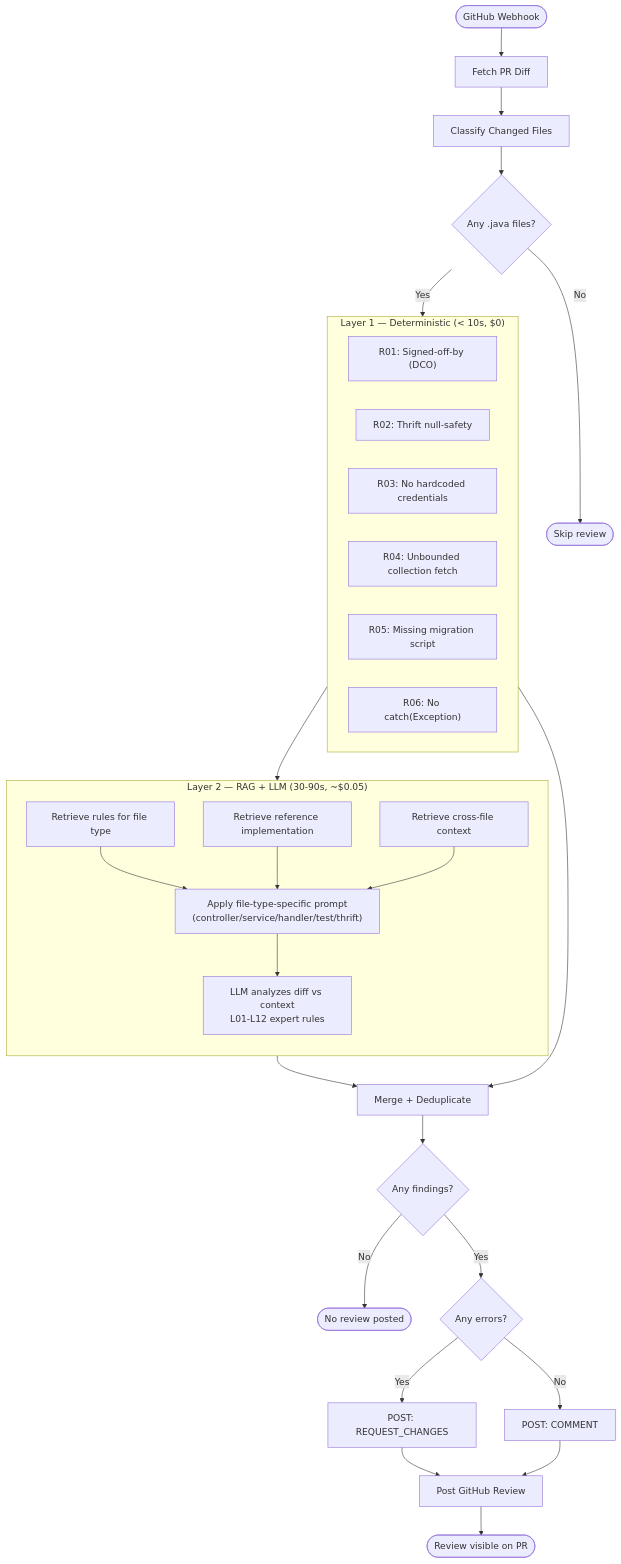
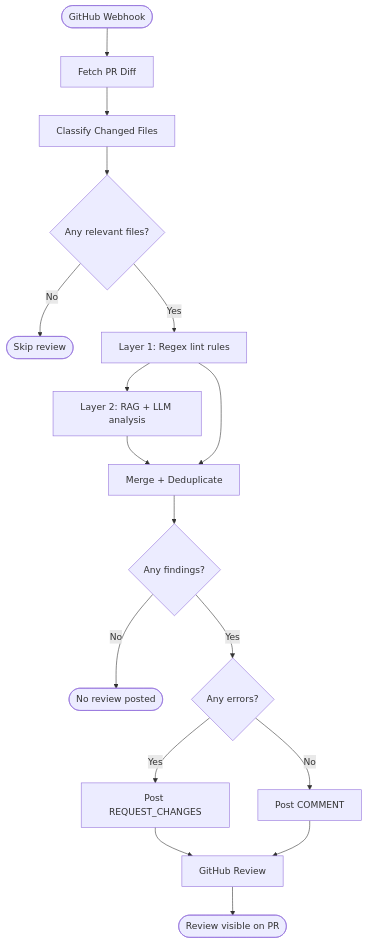
Before and after one commit to bibhuti230185/AI-learning: the fifth of 7 diagrams in pr_review_agent/sw360_review_agent/ARCHITECTURE.md, drawn with Mermaid. The commit also changed other lines of this file and 19 other files, not shown here.

Commit message:
feat(pr-review): add rules loader and improve review flow

````diff
--- a/pr_review_agent/sw360_review_agent/ARCHITECTURE.md
+++ b/pr_review_agent/sw360_review_agent/ARCHITECTURE.md
@@ -123,47 +90,24 @@
 ```mermaid
 flowchart TD
     START([GitHub Webhook]) --> FETCH[Fetch PR Diff]
     FETCH --> CLASSIFY[Classify Changed Files]
-    CLASSIFY --> JAVA{Any .java files?}
+    CLASSIFY --> RELEVANT{Any relevant files?}
 
-    JAVA -- No --> SKIP([Skip review])
-    JAVA -- Yes --> LAYER1
+    RELEVANT -- No --> SKIP([Skip review])
+    RELEVANT -- Yes --> L1[Layer 1: Regex lint rules]
 
-    subgraph LAYER1["Layer 1 — Deterministic (< 10s, $0)"]
-        R01["R01: Signed-off-by (DCO)"]
-        R02["R02: Thrift null-safety"]
-        R03["R03: No hardcoded credentials"]
-        R04["R04: Unbounded collection fetch"]
-        R05["R05: Missing migration script"]
-        R06["R06: No catch(Exception)"]
-    end
-
-    LAYER1 --> LAYER2
-
-    subgraph LAYER2["Layer 2 — RAG + LLM (30-90s, ~$0.05)"]
-        direction TB
-        RAG1["Retrieve rules for file type"]
-        RAG2["Retrieve reference implementation"]
-        RAG3["Retrieve cross-file context"]
-        FOCUS["Apply file-type-specific prompt<br/>(controller/service/handler/test/thrift)"]
-        ANALYZE["LLM analyzes diff vs context<br/>L01-L12 expert rules"]
-        RAG1 --> FOCUS
-        RAG2 --> FOCUS
-        RAG3 --> FOCUS
-        FOCUS --> ANALYZE
-    end
-
-    LAYER2 --> MERGE[Merge + Deduplicate]
-    LAYER1 --> MERGE
+    L1 --> L2[Layer 2: RAG + LLM analysis]
+    L2 --> MERGE[Merge + Deduplicate]
+    L1 --> MERGE
 
     MERGE --> FINDINGS{Any findings?}
     FINDINGS -- No --> DONE([No review posted])
     FINDINGS -- Yes --> ERRORS{Any errors?}
 
-    ERRORS -- Yes --> RC["POST: REQUEST_CHANGES"]
-    ERRORS -- No --> CM["POST: COMMENT"]
+    ERRORS -- Yes --> RC[Post REQUEST_CHANGES]
+    ERRORS -- No --> CM[Post COMMENT]
 
-    RC --> POST[Post GitHub Review]
+    RC --> POST[GitHub Review]
     CM --> POST
     POST --> DONE2([Review visible on PR])
 ```
````
